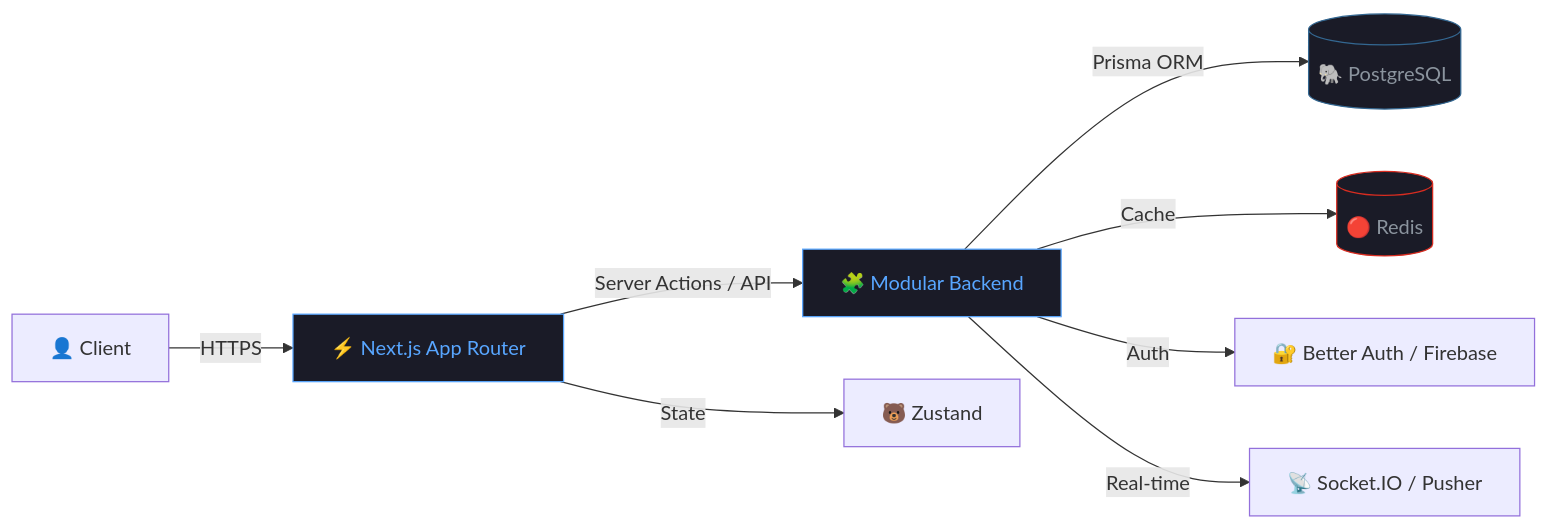
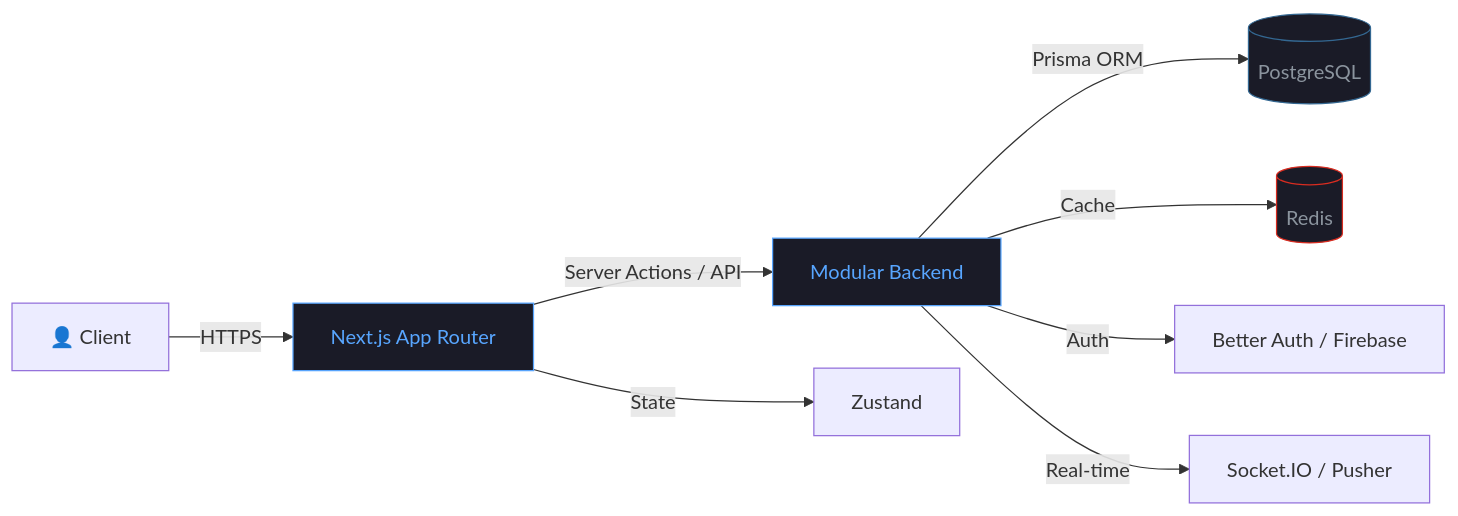
One commit to Ridoan-75/Ridoan-75 changed the diagram in README.md. Above: the diagram before and after it, drawn with Mermaid. The commit also changed 2 other files, not shown here.

Commit message:
about me clean

````diff
--- a/README.md
+++ b/README.md
@@ -18,15 +18,15 @@
 ```mermaid
 graph LR
-    A[👤 Client] -->|HTTPS| B[⚡ Next.js App Router]
-    B -->|Server Actions / API| C[🧩 Modular Backend]
-    C -->|Prisma ORM| D[(🐘 PostgreSQL)]
-    C -->|Cache| E[(🔴 Redis)]
-    C -->|Auth| F[🔐 Better Auth / Firebase]
-    C -->|Real-time| G[📡 Socket.IO / Pusher]
-    B -->|State| H[🐻 Zustand]
+    A[👤 Client] -->|HTTPS| B[Next.js App Router]
+    B -->|Server Actions / API| C[Modular Backend]
+    C -->|Prisma ORM| D[(PostgreSQL)]
+    C -->|Cache| E[(Redis)]
+    C -->|Auth| F[Better Auth / Firebase]
+    C -->|Real-time| G[Socket.IO / Pusher]
+    B -->|State| H[Zustand]
 
     style B fill:#1a1b27,stroke:#58a6ff,color:#58a6ff
     style C fill:#1a1b27,stroke:#58a6ff,color:#58a6ff
     style D fill:#1a1b27,stroke:#336791,color:#8b949e
     style E fill:#1a1b27,stroke:#d82c20,color:#8b949e
 ```
````
